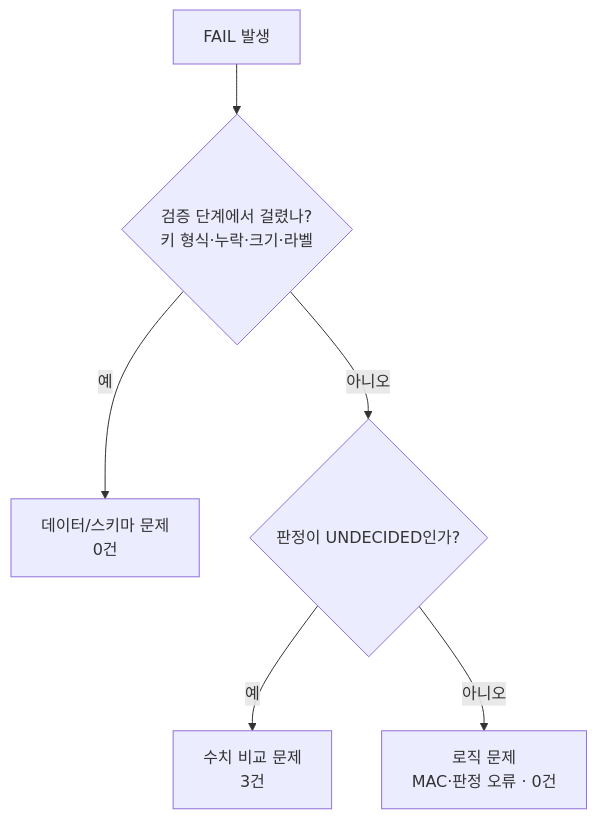
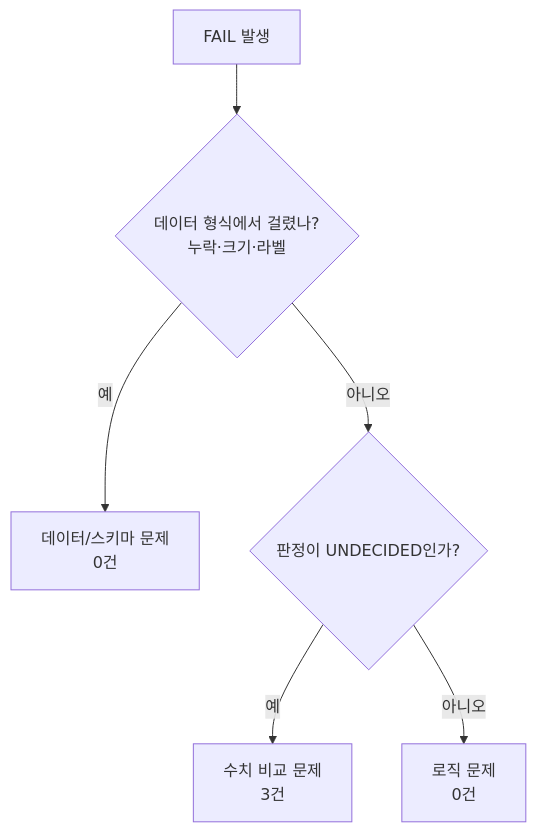
Before and after one commit to contest-p/What_is_MAC: the first of 3 diagrams in README.md, drawn with Mermaid. The commit also changed other lines of this file, not shown here.

````diff
--- a/README.md
+++ b/README.md
@@ -199,8 +136,8 @@
 ```mermaid
 flowchart TD
-    F["FAIL 발생"] --> Q1{"검증 단계에서 걸렸나?<br/>키 형식·누락·크기·라벨"}
+    F["FAIL 발생"] --> Q1{"데이터 형식에서 걸렸나?<br/>누락·크기·라벨"}
     Q1 -->|예| D1["데이터/스키마 문제<br/>0건"]
     Q1 -->|아니오| Q2{"판정이 UNDECIDED인가?"}
     Q2 -->|예| D2["수치 비교 문제<br/>3건"]
-    Q2 -->|아니오| D3["로직 문제<br/>MAC·판정 오류 · 0건"]
+    Q2 -->|아니오| D3["로직 문제<br/>0건"]
 ```
````
